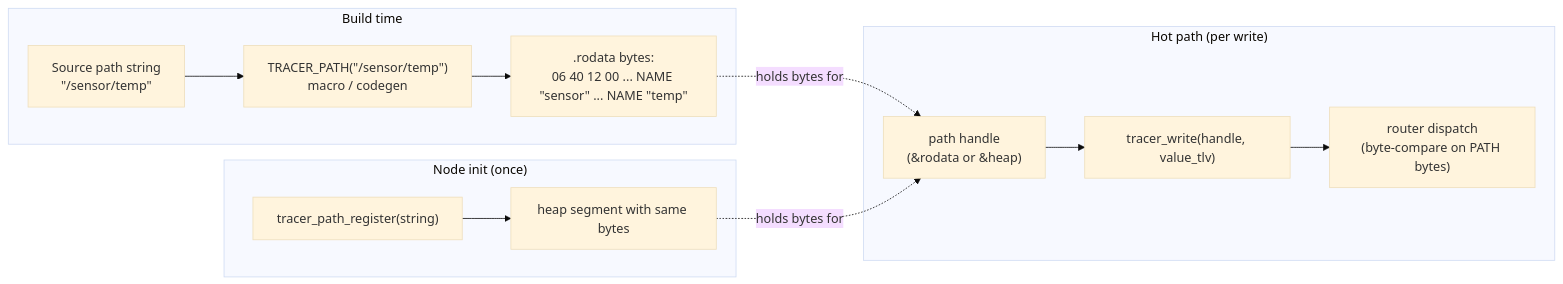
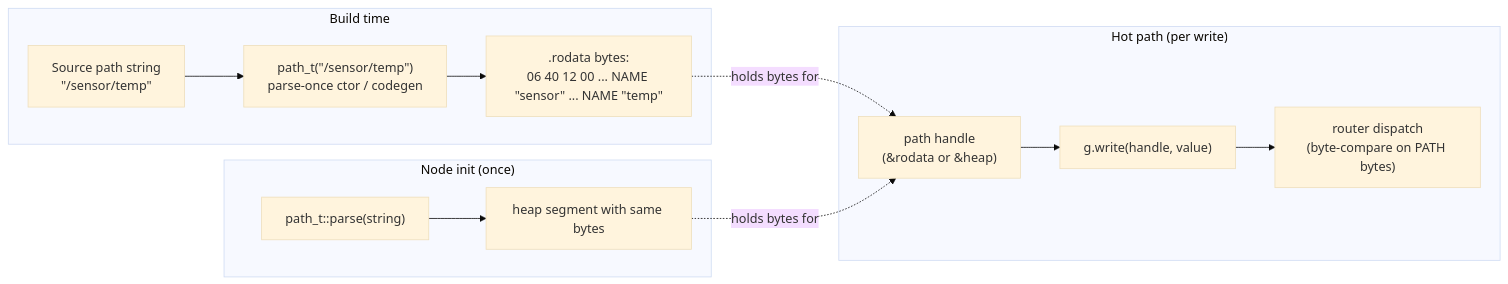
The first of 2 diagrams in docs/reference/03-addressing.md (avatarsd-llc/libtracer), drawn with Mermaid (base theme) before and after one commit. The commit also changed other lines of this file and 1 other file, not shown here.

````diff
--- a/docs/reference/03-addressing.md
+++ b/docs/reference/03-addressing.md
@@ -262,25 +265,25 @@
 ```mermaid
 flowchart LR
   subgraph Build["Build time"]
     S["Source path string<br/>&quot;/sensor/temp&quot;"]
-    M["TRACER_PATH(&quot;/sensor/temp&quot;)<br/>macro / codegen"]
+    M["path_t(&quot;/sensor/temp&quot;)<br/>parse-once ctor / codegen"]
     R[".rodata bytes:<br/>06 40 12 00 ... NAME &quot;sensor&quot; ... NAME &quot;temp&quot;"]
     S --> M --> R
   end
 
   subgraph Init["Node init (once)"]
-    I["tracer_path_register(string)"]
+    I["path_t::parse(string)"]
     H["heap segment with same bytes"]
     I --> H
   end
 
   subgraph Hot["Hot path (per write)"]
     HND["path handle<br/>(&rodata or &heap)"]
-    W["tracer_write(handle, value_tlv)"]
+    W["g.write(handle, value)"]
     DISP["router dispatch<br/>(byte-compare on PATH bytes)"]
     HND --> W --> DISP
   end
 
   R -.holds bytes for.-> HND
   H -.holds bytes for.-> HND
 ```
````
